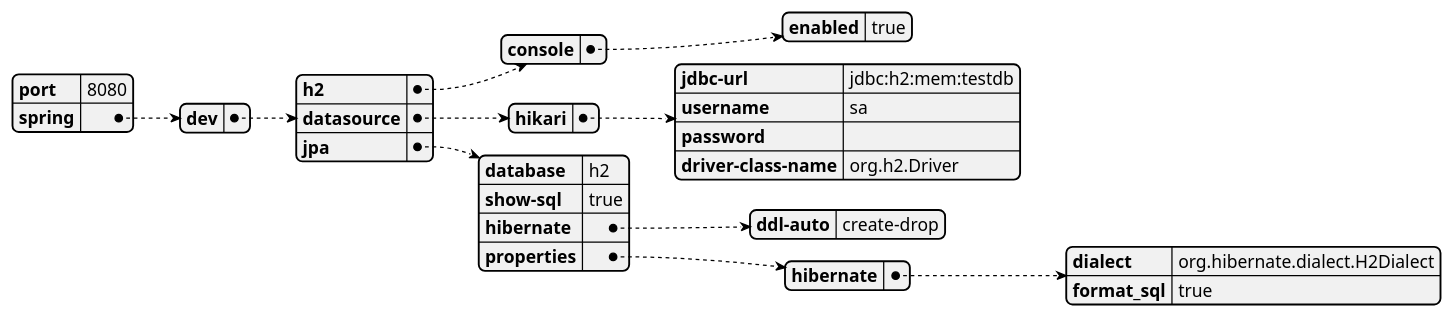
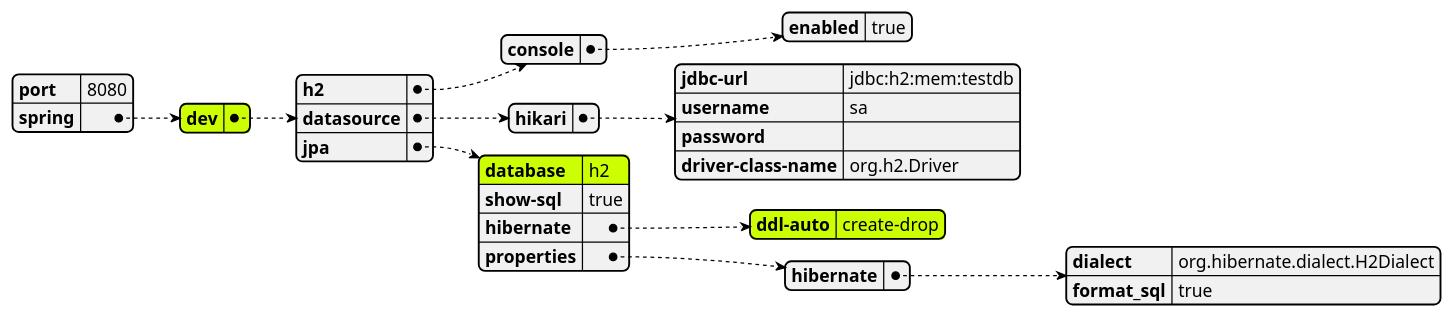
One commit to dokdogalmaegi/agent-employment changed the diagram in diagrams/yamlDiagram.puml. Above: the diagram before and after it, drawn with PlantUML.

Commit message:
edit yamlDiagram

```diff
--- a/diagrams/yamlDiagram.puml
+++ b/diagrams/yamlDiagram.puml
@@ -1,24 +1,28 @@
 @startyaml
+#highlight "spring" / "dev"
+#highlight "spring" / "dev" / "jpa" / "database"
+#highlight "spring" / "dev" / "jpa" / "hibernate" / "ddl-auto"
+
 port: 8080
 spring:
   dev:
       h2:
         console:
           enabled: true
       datasource:
         hikari:
           jdbc-url: jdbc:h2:mem:testdb
           username: sa
           password: ""
           driver-class-name: org.h2.Driver
 
       jpa:
         database: h2
         show-sql: true
         hibernate:
           ddl-auto: create-drop
         properties:
           hibernate:
             dialect: org.hibernate.dialect.H2Dialect
             format_sql: true
 @endyaml
```
